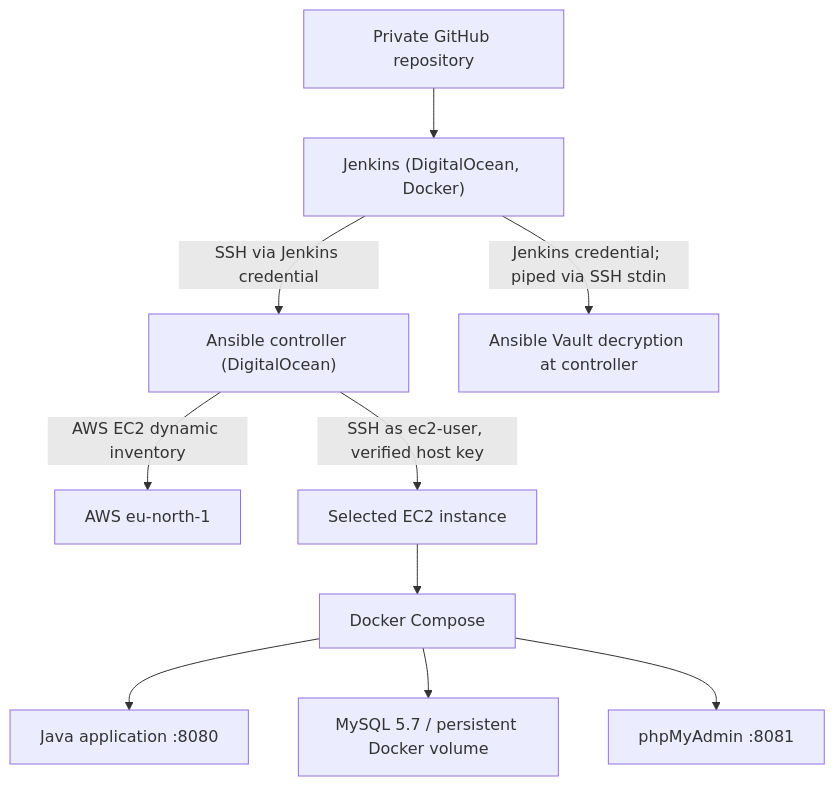
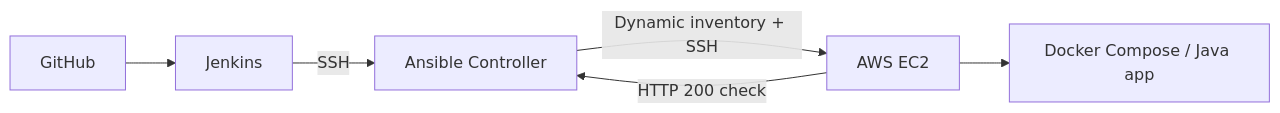
The diagram in README.md (asambataiden/twn-capstone-05-ansible-jenkins), drawn with Mermaid before and after one commit. The commit also changed other lines of this file, not shown here.

````diff
--- a/README.md
+++ b/README.md
@@ -24,12 +13,8 @@
 ```mermaid
-flowchart TD
-    G["Private GitHub repository"] --> J["Jenkins (DigitalOcean, Docker)"]
-    J -->|"SSH via Jenkins credential"| A["Ansible controller (DigitalOcean)"]
-    A -->|"AWS EC2 dynamic inventory"| AWS["AWS eu-north-1"]
-    A -->|"SSH as ec2-user, verified host key"| E["Selected EC2 instance"]
-    E --> D["Docker Compose"]
-    D --> APP["Java application :8080"]
-    D --> DB["MySQL 5.7 / persistent Docker volume"]
-    D --> PMA["phpMyAdmin :8081"]
-    J -->|"Jenkins credential; piped via SSH stdin"| V["Ansible Vault decryption at controller"]
+flowchart LR
+    G["GitHub"] --> J["Jenkins"]
+    J -->|"SSH"| A["Ansible Controller"]
+    A -->|"Dynamic inventory + SSH"| E["AWS EC2"]
+    E --> D["Docker Compose / Java app"]
+    E -->|"HTTP 200 check"| A
 ```
````
